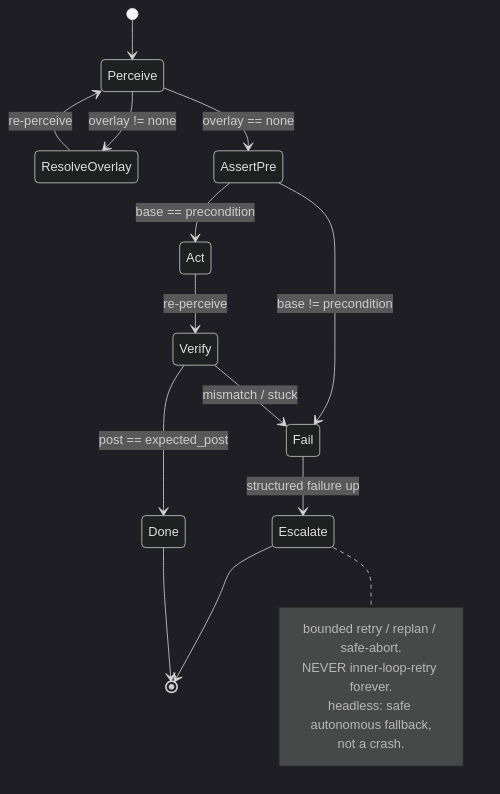
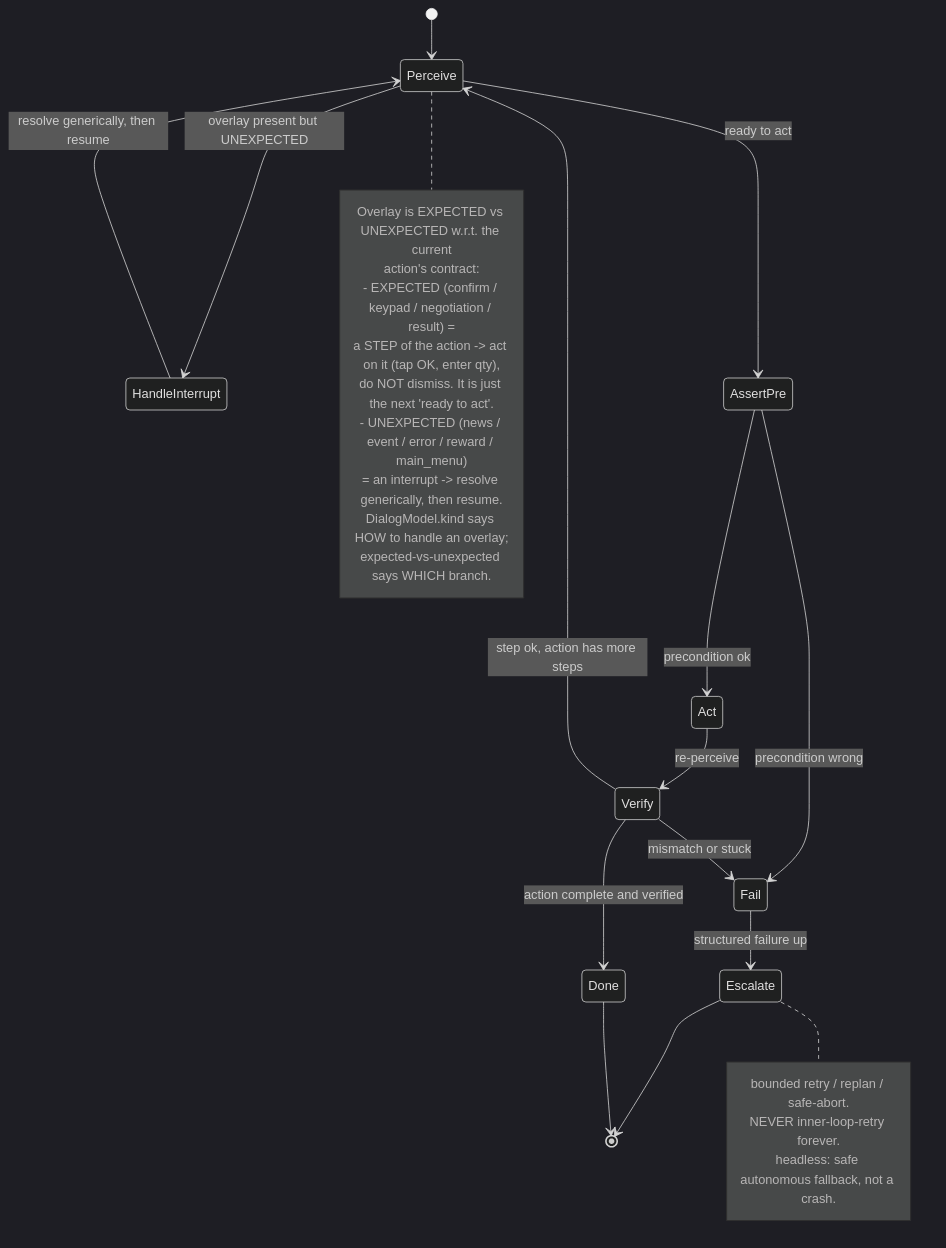
One commit to fortunatetumbleweed-commits/UWO-Bot changed the fifth of 11 diagrams in docs/new_design_diagrams.md. Above: the diagram before and after it, drawn with Mermaid (dark theme). The commit also changed 1 other file, not shown here.

Commit message:
docs: 2.2 loop — expected vs unexpected overlay branch
Clarify how the verified action loop fits with overlays: a transaction (buy) is
a multi-step action whose steps PRODUCE overlays (confirm -> result) — those are
EXPECTED and acted on, not dismissed. Only UNEXPECTED overlays (news/event/error/
reward/main_menu) are interrupts to resolve-and-resume. DialogModel.kind chooses
the handler; expected-vs-unexpected (from the action contract) chooses the branch.
Updated 2.2 state diagram (+ notes) and the plan's verified-loop pseudocode.

````diff
--- a/docs/new_design_diagrams.md
+++ b/docs/new_design_diagrams.md
@@ -138,22 +138,34 @@
 ```mermaid
 stateDiagram-v2
     [*] --> Perceive
-    Perceive --> ResolveOverlay : overlay != none
-    Perceive --> AssertPre : overlay == none
-    ResolveOverlay --> Perceive : re-perceive
-    AssertPre --> Act : base == precondition
-    AssertPre --> Fail : base != precondition
+    Perceive --> HandleInterrupt : overlay present but UNEXPECTED
+    Perceive --> AssertPre : ready to act
+    HandleInterrupt --> Perceive : resolve generically, then resume
+    AssertPre --> Act : precondition ok
+    AssertPre --> Fail : precondition wrong
     Act --> Verify : re-perceive
-    Verify --> Done : post == expected_post
-    Verify --> Fail : mismatch / stuck
+    Verify --> Perceive : step ok, action has more steps
+    Verify --> Done : action complete and verified
+    Verify --> Fail : mismatch or stuck
     Fail --> Escalate : structured failure up
     Escalate --> [*]
     Done --> [*]
 
+    note right of Perceive
+      Overlay is EXPECTED vs UNEXPECTED w.r.t. the current
+      action's contract:
+      - EXPECTED (confirm / keypad / negotiation / result) =
+        a STEP of the action -> act on it (tap OK, enter qty),
+        do NOT dismiss. It is just the next 'ready to act'.
+      - UNEXPECTED (news / event / error / reward / main_menu)
+        = an interrupt -> resolve generically, then resume.
+      DialogModel.kind says HOW to handle an overlay;
+      expected-vs-unexpected says WHICH branch.
+    end note
+
     note right of Escalate
       bounded retry / replan / safe-abort.
       NEVER inner-loop-retry forever.
-      headless: safe autonomous fallback,
-      not a crash.
+      headless: safe autonomous fallback, not a crash.
     end note
 ```
````
